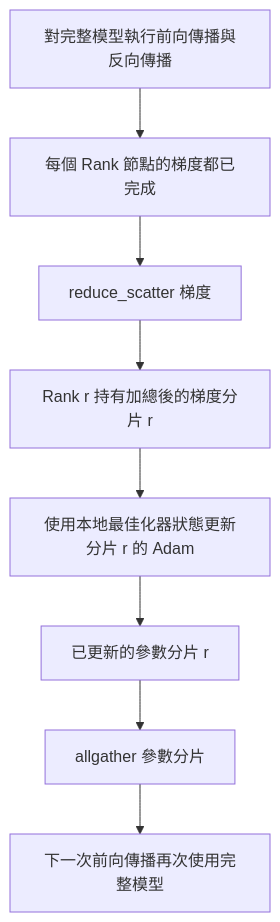
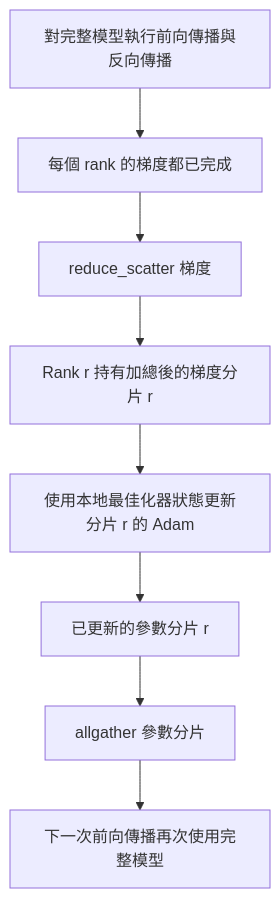
The diagram in i18n/zh-TW/phases/19-capstone-projects/78-zero-parameter-sharding/docs/zh-TW.md (edward821220/ai-engineering-from-scratch), drawn with Mermaid before and after one commit. The commit also changed other lines of this file and 81 other files, not shown here.

````diff
--- a/i18n/zh-TW/phases/19-capstone-projects/78-zero-parameter-sharding/docs/zh-TW.md
+++ b/i18n/zh-TW/phases/19-capstone-projects/78-zero-parameter-sharding/docs/zh-TW.md
@@ -25,10 +25,10 @@
 ```mermaid
 flowchart TD
-  A[對完整模型執行前向傳播與反向傳播] --> B[每個 Rank 節點的梯度都已完成]
+  A[對完整模型執行前向傳播與反向傳播] --> B[每個 rank 的梯度都已完成]
   B --> C[reduce_scatter 梯度]
   C --> D[Rank r 持有加總後的梯度分片 r]
   D --> E[使用本地最佳化器狀態更新分片 r 的 Adam]
   E --> F[已更新的參數分片 r]
   F --> G[allgather 參數分片]
   G --> H[下一次前向傳播再次使用完整模型]
 ```
````
